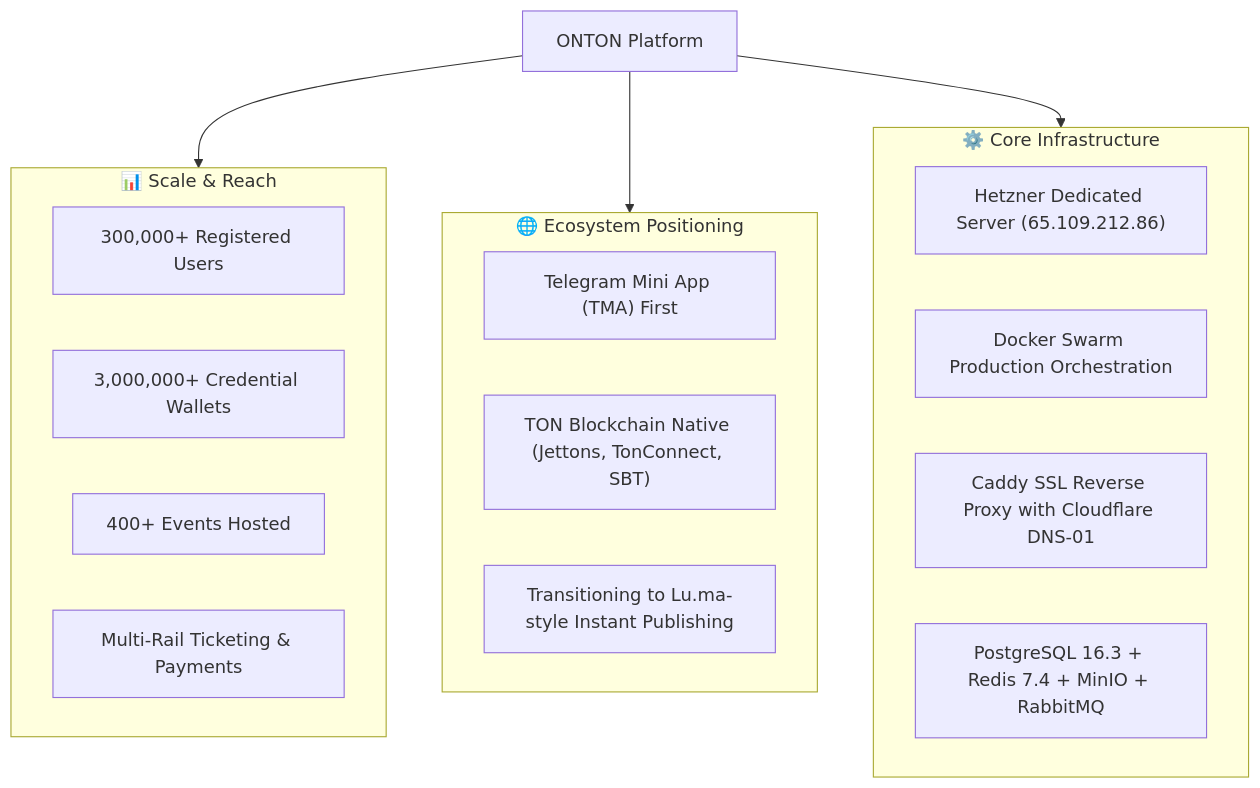
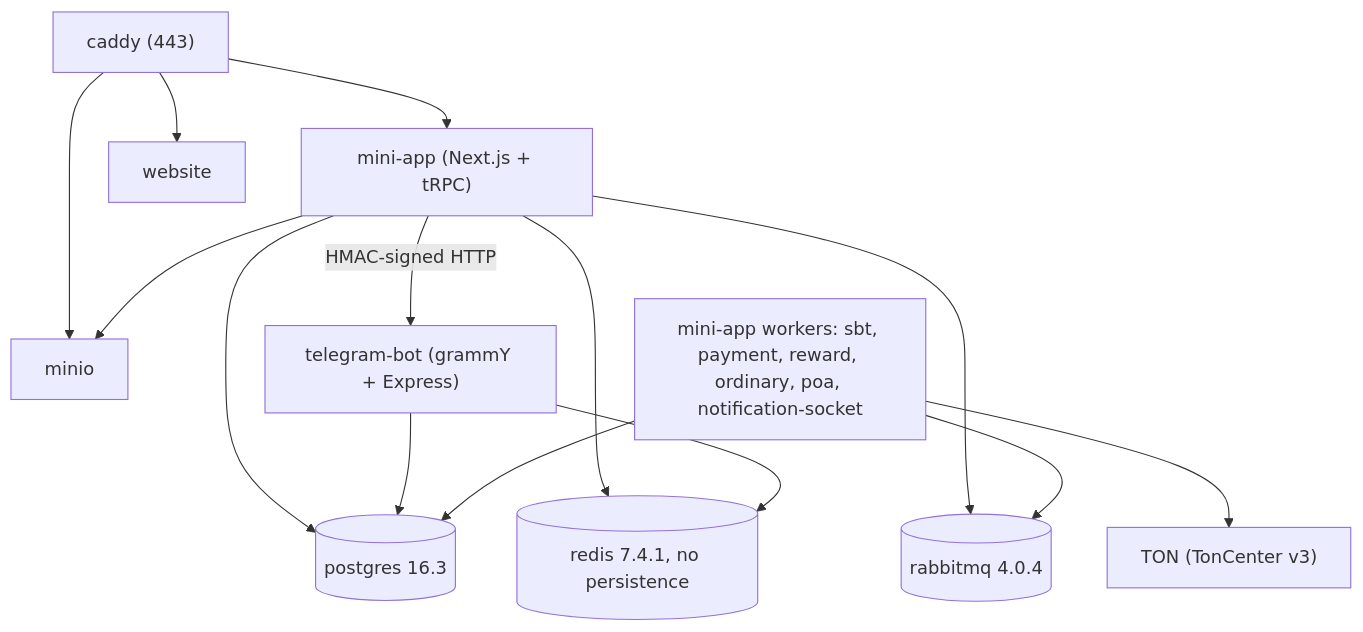
Before and after one commit to ExecutESG/onton: the diagram in knowledge_base/as_is_technical_blueprint.md, drawn with Mermaid. The commit also changed other lines of this file and 41 other files, not shown here.

````diff
--- a/knowledge_base/as_is_technical_blueprint.md
+++ b/knowledge_base/as_is_technical_blueprint.md
@@ -14,28 +24,16 @@
 ```mermaid
 flowchart TD
-    Root["ONTON Platform"]
-
-    subgraph Scale["📊 Scale & Reach"]
-        S1["300,000+ Registered Users"]
-        S2["3,000,000+ Credential Wallets"]
-        S3["400+ Events Hosted"]
-        S4["Multi-Rail Ticketing & Payments"]
-    end
-
-    subgraph Ecosystem["🌐 Ecosystem Positioning"]
-        E1["Telegram Mini App (TMA) First"]
-        E2["TON Blockchain Native (Jettons, TonConnect, SBT)"]
-        E3["Transitioning to Lu.ma-style Instant Publishing"]
-    end
-
-    subgraph Infra["⚙️ Core Infrastructure"]
-        I1["Hetzner Dedicated Server (65.109.212.86)"]
-        I2["Docker Swarm Production Orchestration"]
-        I3["Caddy SSL Reverse Proxy with Cloudflare DNS-01"]
-        I4["PostgreSQL 16.3 + Redis 7.4 + MinIO + RabbitMQ"]
-    end
-
-    Root --> Scale
-    Root --> Ecosystem
-    Root --> Infra
+    Caddy["caddy (443)"] --> MiniApp["mini-app (Next.js + tRPC)"]
+    Caddy --> Website["website"]
+    Caddy --> MinIO["minio"]
+    MiniApp --> PG[("postgres 16.3")]
+    MiniApp --> Redis[("redis 7.4.1, no persistence")]
+    MiniApp --> MinIO
+    MiniApp --> Rabbit[("rabbitmq 4.0.4")]
+    MiniApp -->|"HMAC-signed HTTP"| Bot["telegram-bot (grammY + Express)"]
+    Bot --> PG
+    Bot --> Redis
+    Workers["mini-app workers: sbt, payment, reward, ordinary, poa, notification-socket"] --> PG
+    Workers --> Rabbit
+    Workers --> TON["TON (TonCenter v3)"]
 ```
````
